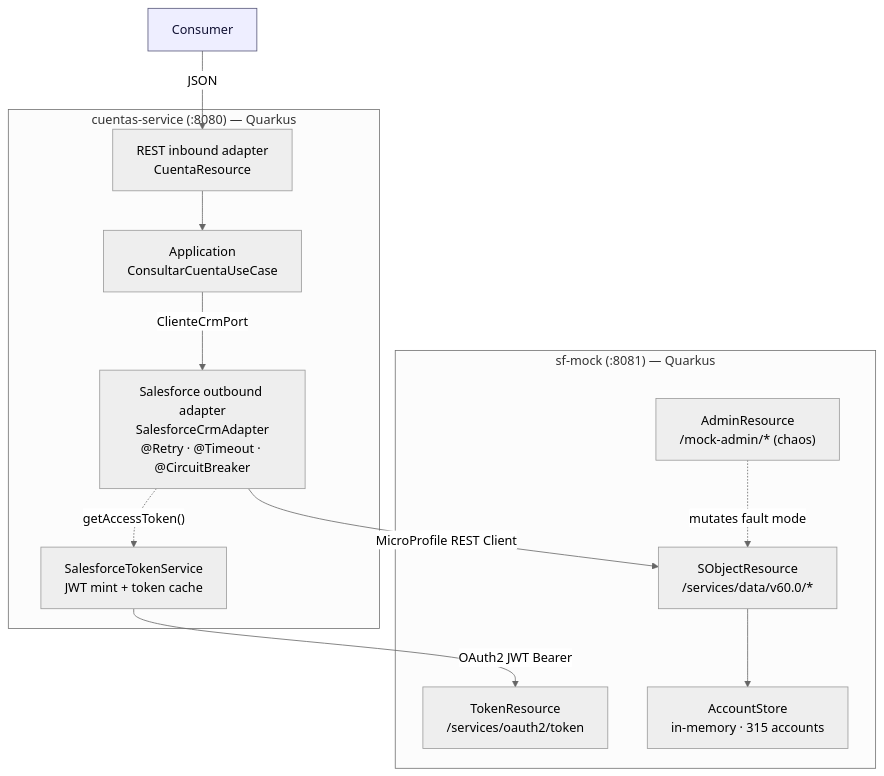
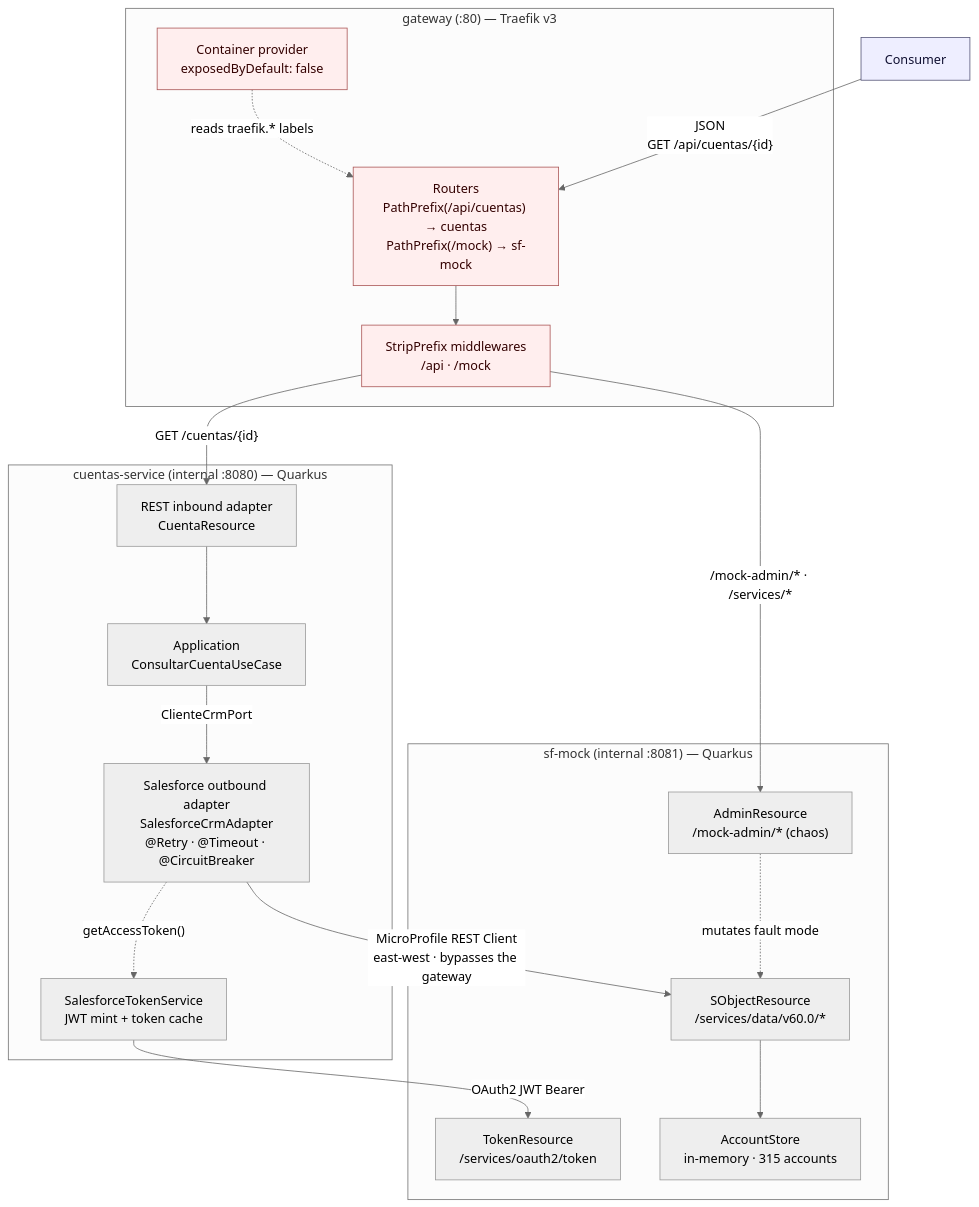
Before and after one commit to pag6606/mock-services-sf: the second of 10 diagrams in docs/architecture.md, drawn with Mermaid (neutral theme). The commit also changed other lines of this file and 5 other files, not shown here.

First line of the commit message:
feat: añadir Traefik como edge router y documentar la topología

````diff
--- a/docs/architecture.md
+++ b/docs/architecture.md
@@ -66,30 +81,42 @@
 ```mermaid
 flowchart TB
     consumer["Consumer"]
 
-    subgraph svc["cuentas-service (:8080) — Quarkus"]
+    subgraph edge["gateway (:80) — Traefik v3"]
+        router["Routers<br/>PathPrefix(/api/cuentas) → cuentas<br/>PathPrefix(/mock) → sf-mock"]
+        strip["StripPrefix middlewares<br/>/api · /mock"]
+        disco["Container provider<br/>exposedByDefault: false"]
+        router --> strip
+        disco -.->|"reads traefik.* labels"| router
+    end
+
+    subgraph svc["cuentas-service (internal :8080) — Quarkus"]
         rest["REST inbound adapter<br/>CuentaResource"]
         app["Application<br/>ConsultarCuentaUseCase"]
         adapter["Salesforce outbound adapter<br/>SalesforceCrmAdapter<br/>@Retry · @Timeout · @CircuitBreaker"]
         token["SalesforceTokenService<br/>JWT mint + token cache"]
     end
 
-    subgraph mock["sf-mock (:8081) — Quarkus"]
+    subgraph mock["sf-mock (internal :8081) — Quarkus"]
         auth["TokenResource<br/>/services/oauth2/token"]
         sobj["SObjectResource<br/>/services/data/v60.0/*"]
         admin["AdminResource<br/>/mock-admin/* (chaos)"]
         store["AccountStore<br/>in-memory · 315 accounts"]
     end
 
-    consumer -->|"JSON"| rest
+    consumer -->|"JSON<br/>GET /api/cuentas/{id}"| router
+    strip -->|"GET /cuentas/{id}"| rest
+    strip -->|"/mock-admin/* · /services/*"| admin
     rest --> app
     app -->|"ClienteCrmPort"| adapter
-    adapter -->|"MicroProfile REST Client"| sobj
+    adapter -->|"MicroProfile REST Client<br/>east-west · bypasses the gateway"| sobj
     token -->|"OAuth2 JWT Bearer"| auth
     adapter -.->|"getAccessToken()"| token
     sobj --> store
     admin -.->|"mutates fault mode"| sobj
 
     classDef ext fill:#eef,stroke:#557,color:#113;
+    classDef edge fill:#fee,stroke:#a55,color:#300;
     class consumer ext;
+    class router,strip,disco edge;
 ```
````
